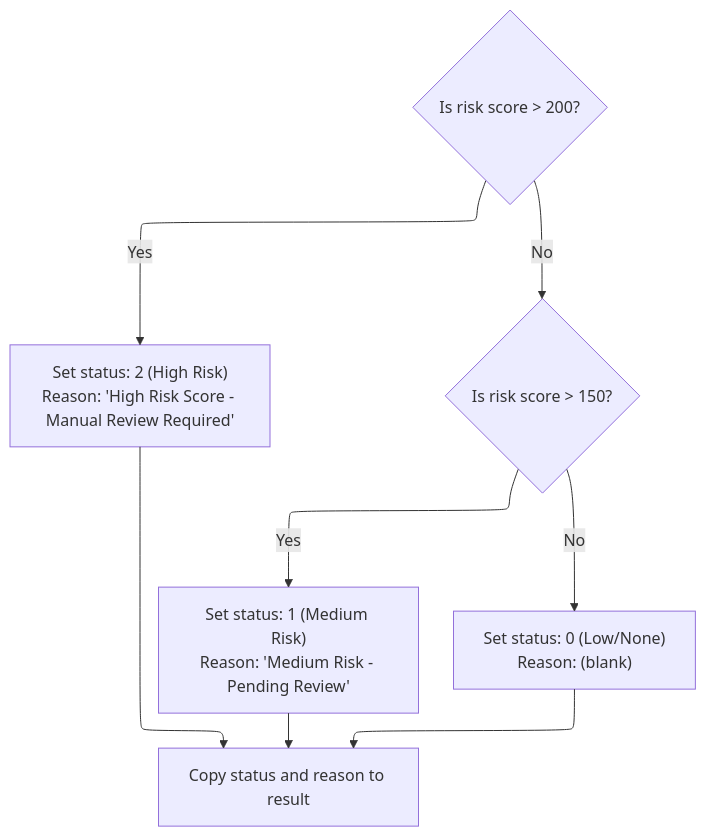
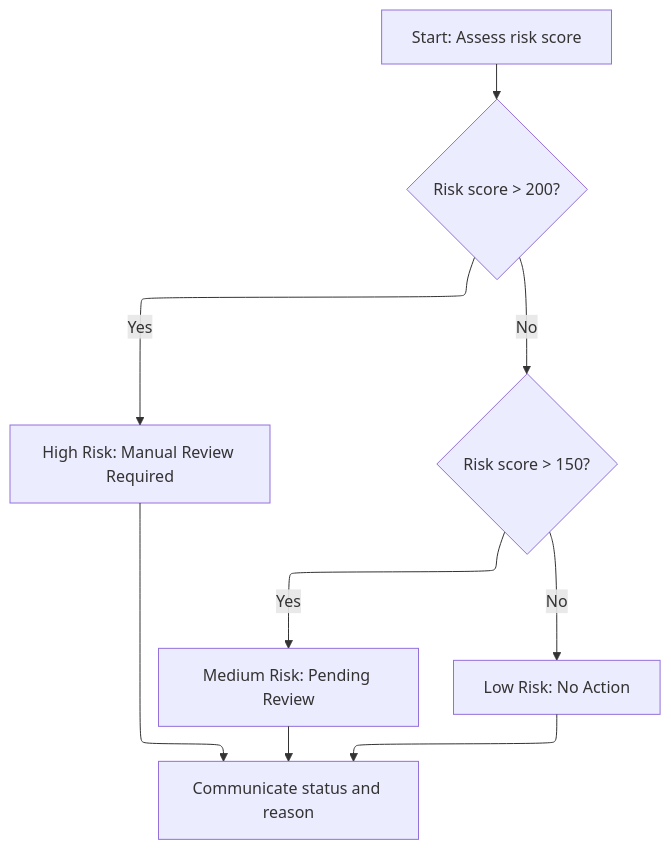
The third of 3 diagrams in .swm/risk-assessment-and-premium-calculation-lgpcalc1.a7vdekvv.sw.md (Giri-Swimm/Swimmio-genapp-motor), drawn with Mermaid before and after one commit. The commit also changed other lines of this file and 17 other files, not shown here.

````diff
--- a/.swm/risk-assessment-and-premium-calculation-lgpcalc1.a7vdekvv.sw.md
+++ b/.swm/risk-assessment-and-premium-calculation-lgpcalc1.a7vdekvv.sw.md
@@ -419,46 +464,40 @@
 ```mermaid
 %%{init: {"flowchart": {"defaultRenderer": "elk"}} }%%
 flowchart TD
-    node2{"Is risk score > 200?"}
+    node1["Start: Assess risk score"] --> node2{"Risk score > 200?"}
+    click node1 openCode "base/src/lgpcalc1.cbl:185:189"
+    node2 -->|"Yes"| node3["High Risk: Manual Review Required"]
     click node2 openCode "base/src/lgpcalc1.cbl:189:193"
-    node2 -->|"Yes"| node3["Set status: 2 (High Risk)
-Reason: 'High Risk Score - Manual Review Required'"]
-    click node3 openCode "base/src/lgpcalc1.cbl:190:192"
-    node2 -->|"No"| node4{"Is risk score > 150?"}
-    click node4 openCode "base/src/lgpcalc1.cbl:194:197"
-    node4 -->|"Yes"| node5["Set status: 1 (Medium Risk)
-Reason: 'Medium Risk - Pending Review'"]
-    click node5 openCode "base/src/lgpcalc1.cbl:195:197"
-    node4 -->|"No"| node6["Set status: 0 (Low/None)
-Reason: (blank)"]
-    click node6 openCode "base/src/lgpcalc1.cbl:199:200"
-    node3 --> node7["Copy status and reason to result"]
-    click node7 openCode "base/src/lgpcalc1.cbl:204:205"
+    node2 -->|"No"| node4{"Risk score > 150?"}
+    click node4 openCode "base/src/lgpcalc1.cbl:194:198"
+    node4 -->|"Yes"| node5["Medium Risk: Pending Review"]
+    node4 -->|"No"| node6["Low Risk: No Action"]
+    node3 --> node7["Communicate status and reason"]
     node5 --> node7
     node6 --> node7
-
+    click node3 openCode "base/src/lgpcalc1.cbl:190:192"
+    click node5 openCode "base/src/lgpcalc1.cbl:195:197"
+    click node6 openCode "base/src/lgpcalc1.cbl:199:200"
+    click node7 openCode "base/src/lgpcalc1.cbl:204:205"
 classDef HeadingStyle fill:#777777,stroke:#333,stroke-width:2px;
 
 %% Swimm:
 %% %%{init: {"flowchart": {"defaultRenderer": "elk"}} }%%
 %% flowchart TD
-%%     node2{"Is risk score > 200?"}
+%%     node1["Start: Assess risk score"] --> node2{"Risk score > 200?"}
+%%     click node1 openCode "<SwmPath>[base/src/lgpcalc1.cbl](base/src/lgpcalc1.cbl)</SwmPath>:185:189"
+%%     node2 -->|"Yes"| node3["High Risk: Manual Review Required"]
 %%     click node2 openCode "<SwmPath>[base/src/lgpcalc1.cbl](base/src/lgpcalc1.cbl)</SwmPath>:189:193"
-%%     node2 -->|"Yes"| node3["Set status: 2 (High Risk)
-%% Reason: 'High Risk Score - Manual Review Required'"]
-%%     click node3 openCode "<SwmPath>[base/src/lgpcalc1.cbl](base/src/lgpcalc1.cbl)</SwmPath>:190:192"
-%%     node2 -->|"No"| node4{"Is risk score > 150?"}
-%%     click node4 openCode "<SwmPath>[base/src/lgpcalc1.cbl](base/src/lgpcalc1.cbl)</SwmPath>:194:197"
-%%     node4 -->|"Yes"| node5["Set status: 1 (Medium Risk)
-%% Reason: 'Medium Risk - Pending Review'"]
-%%     click node5 openCode "<SwmPath>[base/src/lgpcalc1.cbl](base/src/lgpcalc1.cbl)</SwmPath>:195:197"
-%%     node4 -->|"No"| node6["Set status: 0 (Low/None)
-%% Reason: (blank)"]
-%%     click node6 openCode "<SwmPath>[base/src/lgpcalc1.cbl](base/src/lgpcalc1.cbl)</SwmPath>:199:200"
-%%     node3 --> node7["Copy status and reason to result"]
-%%     click node7 openCode "<SwmPath>[base/src/lgpcalc1.cbl](base/src/lgpcalc1.cbl)</SwmPath>:204:205"
+%%     node2 -->|"No"| node4{"Risk score > 150?"}
+%%     click node4 openCode "<SwmPath>[base/src/lgpcalc1.cbl](base/src/lgpcalc1.cbl)</SwmPath>:194:198"
+%%     node4 -->|"Yes"| node5["Medium Risk: Pending Review"]
+%%     node4 -->|"No"| node6["Low Risk: No Action"]
+%%     node3 --> node7["Communicate status and reason"]
 %%     node5 --> node7
 %%     node6 --> node7
-%% 
+%%     click node3 openCode "<SwmPath>[base/src/lgpcalc1.cbl](base/src/lgpcalc1.cbl)</SwmPath>:190:192"
+%%     click node5 openCode "<SwmPath>[base/src/lgpcalc1.cbl](base/src/lgpcalc1.cbl)</SwmPath>:195:197"
+%%     click node6 openCode "<SwmPath>[base/src/lgpcalc1.cbl](base/src/lgpcalc1.cbl)</SwmPath>:199:200"
+%%     click node7 openCode "<SwmPath>[base/src/lgpcalc1.cbl](base/src/lgpcalc1.cbl)</SwmPath>:204:205"
 %% classDef HeadingStyle fill:#777777,stroke:#333,stroke-width:2px;
 ```
````
